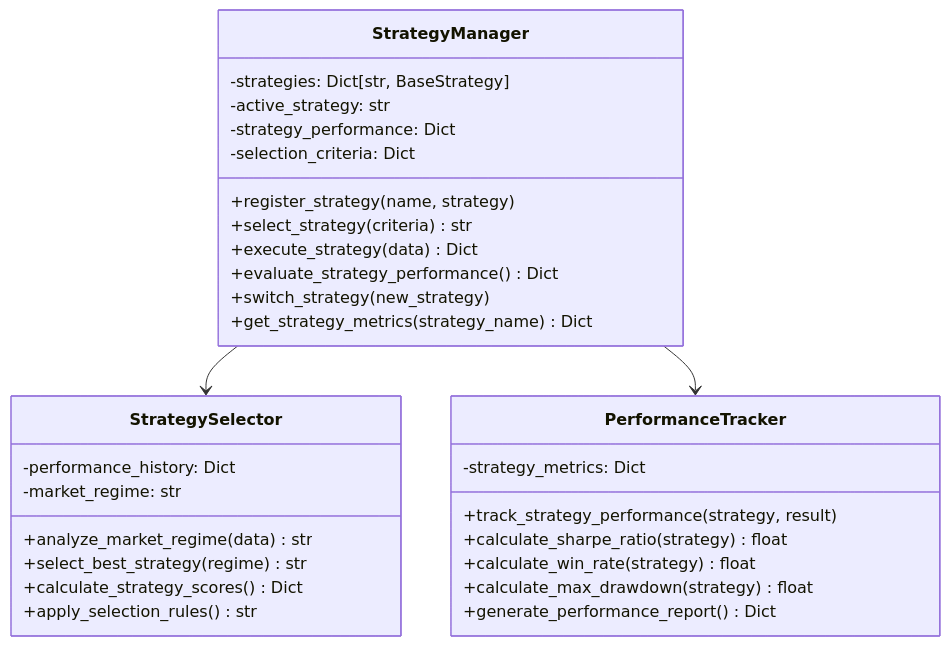
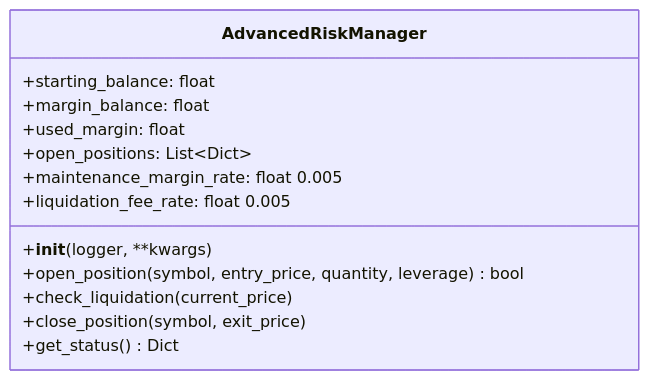
The fifth of 9 diagrams in docs/trading_system.md (cluster2600/ELVIS), drawn with Mermaid before and after one commit. The commit also changed other lines of this file and 60 other files, not shown here.

````diff
--- a/docs/trading_system.md
+++ b/docs/trading_system.md
@@ -176,36 +219,16 @@
 ```mermaid
 classDiagram
-    class StrategyManager {
-        -strategies: Dict[str, BaseStrategy]
-        -active_strategy: str
-        -strategy_performance: Dict
-        -selection_criteria: Dict
-        +register_strategy(name, strategy)
-        +select_strategy(criteria) str
-        +execute_strategy(data) Dict
-        +evaluate_strategy_performance() Dict
-        +switch_strategy(new_strategy)
-        +get_strategy_metrics(strategy_name) Dict
+    class AdvancedRiskManager {
+        +starting_balance: float
+        +margin_balance: float
+        +used_margin: float
+        +open_positions: List~Dict~
+        +maintenance_margin_rate: float  0.005
+        +liquidation_fee_rate: float  0.005
+        +__init__(logger, **kwargs)
+        +open_position(symbol, entry_price, quantity, leverage) bool
+        +check_liquidation(current_price)
+        +close_position(symbol, exit_price)
+        +get_status() Dict
     }
-    
-    class StrategySelector {
-        -performance_history: Dict
-        -market_regime: str
-        +analyze_market_regime(data) str
-        +select_best_strategy(regime) str
-        +calculate_strategy_scores() Dict
-        +apply_selection_rules() str
-    }
-    
-    class PerformanceTracker {
-        -strategy_metrics: Dict
-        +track_strategy_performance(strategy, result)
-        +calculate_sharpe_ratio(strategy) float
-        +calculate_win_rate(strategy) float
-        +calculate_max_drawdown(strategy) float
-        +generate_performance_report() Dict
-    }
-    
-    StrategyManager --> StrategySelector
-    StrategyManager --> PerformanceTracker
 ```
````
